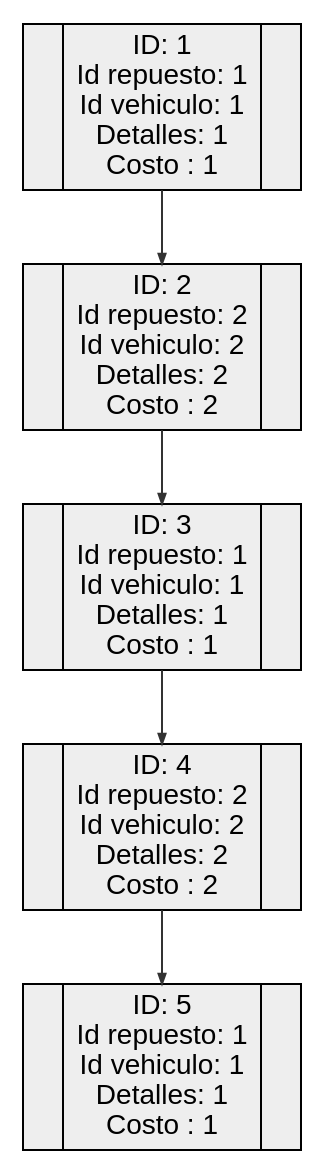
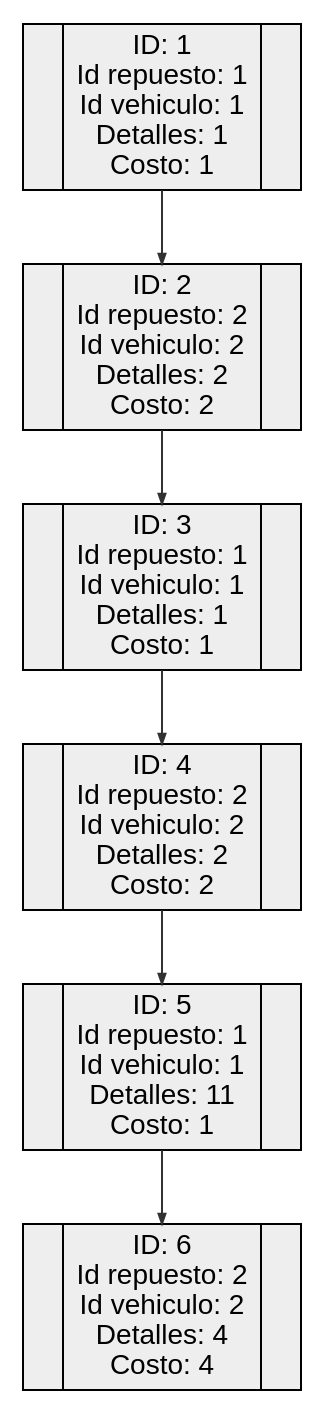
The diagram in Fase2/AutoGestPro/Reportes/ReporteServicios.dot (0520Jose/-EDD-1S2025_202300539), drawn with Graphviz before and after one commit. The commit also changed 15 other files, not shown here.

```diff
--- a/Fase2/AutoGestPro/Reportes/ReporteServicios.dot
+++ b/Fase2/AutoGestPro/Reportes/ReporteServicios.dot
@@ -1,33 +1,35 @@
 digraph G {
 node [shape=record];
 rankdir=TB;
 node [height=0.5];
 node [width=0.5];
 node [style=filled];
 node [fillcolor="#EEEEEE"];
 node [fontname="Arial"];
 edge [fontname="Arial"];
 edge [fontsize=8];
 edge [fontcolor="#333333"];
 edge [labelfloat=false];
 edge [decorate=true];
 edge [style="solid"];
 edge [color="#333333"];
 edge [dir="forward"];
 edge [arrowhead="normal"];
 edge [arrowsize="0.5"];
 edge [arrowtail="normal"];
 edge [taillabel=""];
 edge [headlabel=""];
 edge [label=""];
 edge [weight="1"];
-n1 [label="<f0> |<f1> ID: 1\nId repuesto: 1\nId vehiculo: 1\nDetalles: 1\nCosto : 1|<f2>"];
-n1:D -> n2;
-n2 [label="<f0> |<f1> ID: 2\nId repuesto: 2\nId vehiculo: 2\nDetalles: 2\nCosto : 2|<f2>"];
-n2:D -> n3;
-n3 [label="<f0> |<f1> ID: 3\nId repuesto: 1\nId vehiculo: 1\nDetalles: 1\nCosto : 1|<f2>"];
-n3:D -> n4;
-n4 [label="<f0> |<f1> ID: 4\nId repuesto: 2\nId vehiculo: 2\nDetalles: 2\nCosto : 2|<f2>"];
-n4:D -> n5;
-n5 [label="<f0> |<f1> ID: 5\nId repuesto: 1\nId vehiculo: 1\nDetalles: 1\nCosto : 1|<f2>"];
+n1 [label="<f0> |<f1> ID: 1\nId repuesto: 1\nId vehiculo: 1\nDetalles: 1\nCosto: 1|<f2>"];
+n1 -> n2;
+n2 [label="<f0> |<f1> ID: 2\nId repuesto: 2\nId vehiculo: 2\nDetalles: 2\nCosto: 2|<f2>"];
+n2 -> n3;
+n3 [label="<f0> |<f1> ID: 3\nId repuesto: 1\nId vehiculo: 1\nDetalles: 1\nCosto: 1|<f2>"];
+n3 -> n4;
+n4 [label="<f0> |<f1> ID: 4\nId repuesto: 2\nId vehiculo: 2\nDetalles: 2\nCosto: 2|<f2>"];
+n4 -> n5;
+n5 [label="<f0> |<f1> ID: 5\nId repuesto: 1\nId vehiculo: 1\nDetalles: 11\nCosto: 1|<f2>"];
+n5 -> n6;
+n6 [label="<f0> |<f1> ID: 6\nId repuesto: 2\nId vehiculo: 2\nDetalles: 4\nCosto: 4|<f2>"];
 }
```
